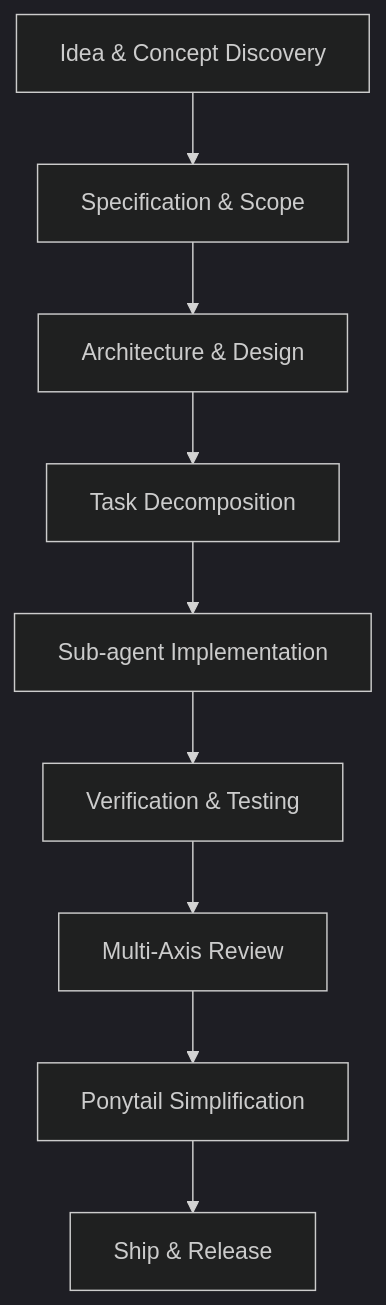
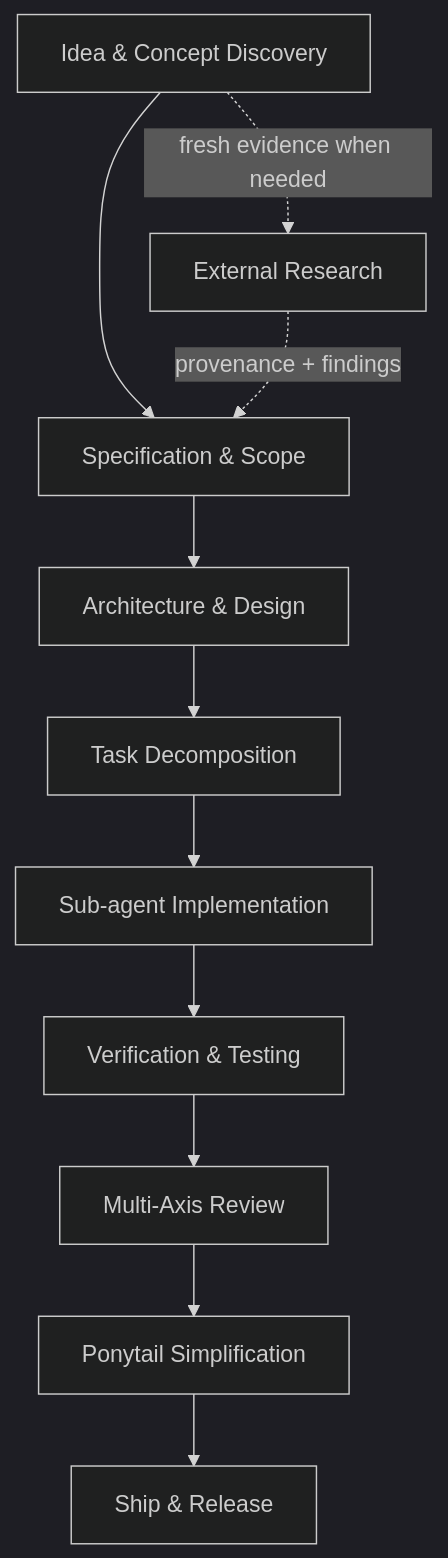
The diagram in docs/01-overview/framework-capabilities.md (eybersjp/development-kit), drawn with Mermaid (dark theme) before and after one commit. The commit also changed other lines of this file, not shown here.

Commit message:
docs: add external research capability overview

````diff
--- a/docs/01-overview/framework-capabilities.md
+++ b/docs/01-overview/framework-capabilities.md
@@ -5,11 +5,13 @@
 ```mermaid
 graph TD
     A["Idea & Concept Discovery"] --> B["Specification & Scope"]
+    A -. "fresh evidence when needed" .-> R["External Research"]
+    R -. "provenance + findings" .-> B
     B --> C["Architecture & Design"]
     C --> D["Task Decomposition"]
     D --> E["Sub-agent Implementation"]
     E --> F["Verification & Testing"]
     F --> G["Multi-Axis Review"]
     G --> H["Ponytail Simplification"]
     H --> I["Ship & Release"]
 ```
````
